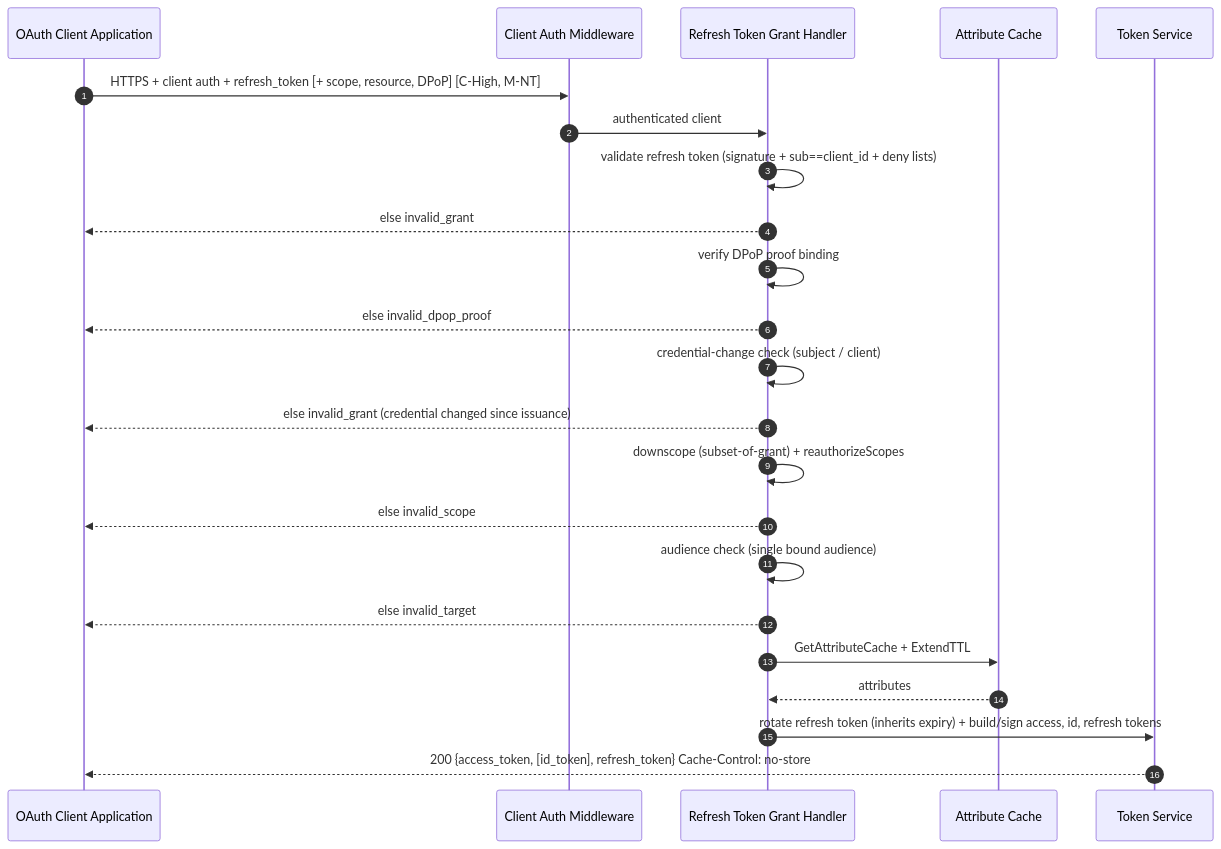
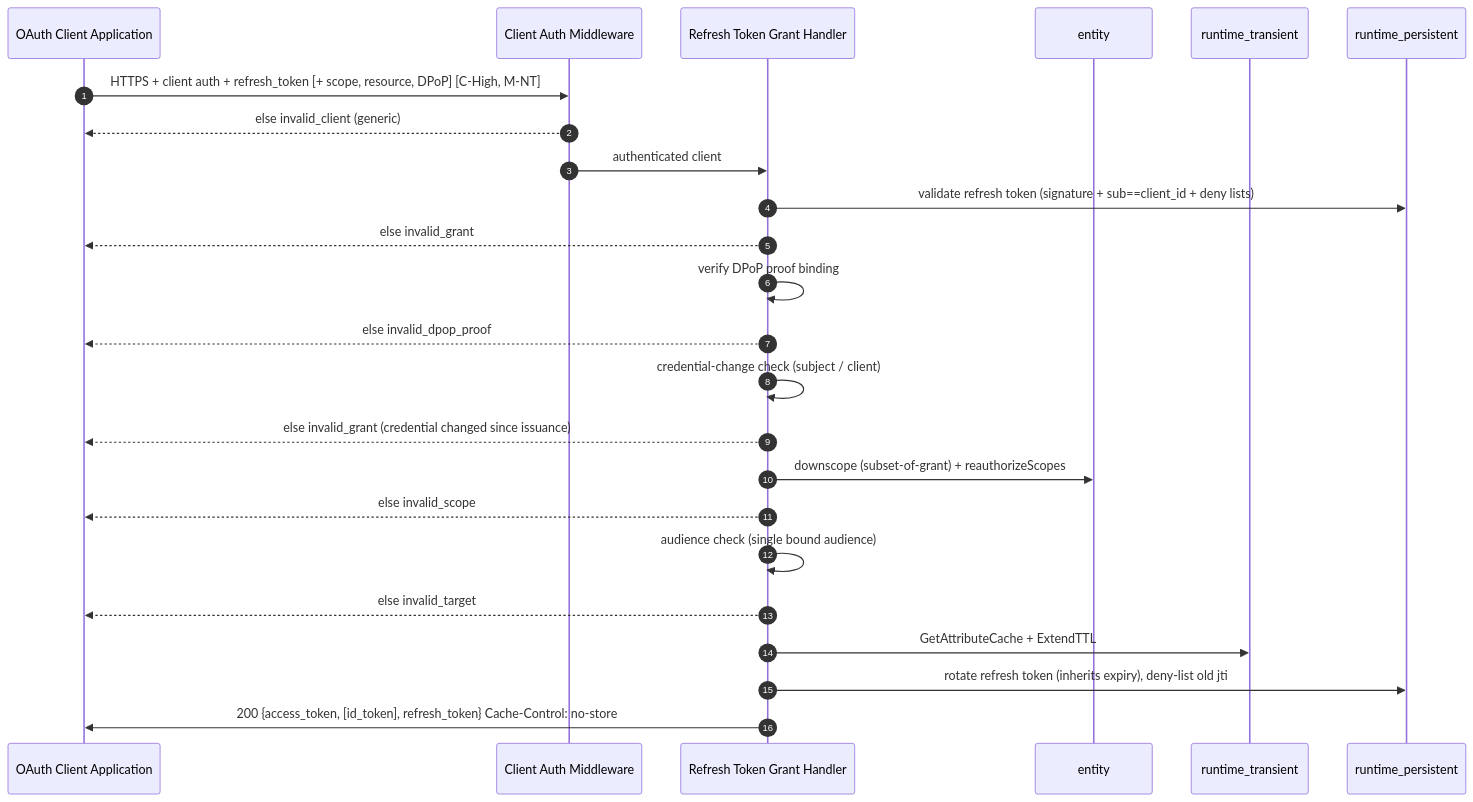
The fifth of 5 diagrams in docs-internals/oauth/authorization-and-core-grants.md (thiva-k/thunder), drawn with Mermaid before and after one commit. The commit also changed other lines of this file, not shown here.

First line of the commit message:
Simplify diagrams and align them with the real database layout

````diff
--- a/docs-internals/oauth/authorization-and-core-grants.md
+++ b/docs-internals/oauth/authorization-and-core-grants.md
@@ -370,26 +366,27 @@
 ```mermaid
 sequenceDiagram
   autonumber
   participant APP as OAuth Client Application
   participant CLIAUTH as Client Auth Middleware
   participant RGH as Refresh Token Grant Handler
-  participant CACHE as Attribute Cache
-  participant TS as Token Service
+  participant ENTITYDB as entity
+  participant TRANSIENTDB as runtime_transient
+  participant PERSISTENTDB as runtime_persistent
 
   APP->>CLIAUTH: HTTPS + client auth + refresh_token [+ scope, resource, DPoP] [C-High, M-NT]
+  CLIAUTH-->>APP: else invalid_client (generic)
   CLIAUTH->>RGH: authenticated client
-  RGH->>RGH: validate refresh token (signature + sub==client_id + deny lists)
+  RGH->>PERSISTENTDB: validate refresh token (signature + sub==client_id + deny lists)
   RGH-->>APP: else invalid_grant
   RGH->>RGH: verify DPoP proof binding
   RGH-->>APP: else invalid_dpop_proof
   RGH->>RGH: credential-change check (subject / client)
   RGH-->>APP: else invalid_grant (credential changed since issuance)
-  RGH->>RGH: downscope (subset-of-grant) + reauthorizeScopes
+  RGH->>ENTITYDB: downscope (subset-of-grant) + reauthorizeScopes
   RGH-->>APP: else invalid_scope
   RGH->>RGH: audience check (single bound audience)
   RGH-->>APP: else invalid_target
-  RGH->>CACHE: GetAttributeCache + ExtendTTL
-  CACHE-->>RGH: attributes
-  RGH->>TS: rotate refresh token (inherits expiry) + build/sign access, id, refresh tokens
-  TS-->>APP: 200 {access_token, [id_token], refresh_token} Cache-Control: no-store
+  RGH->>TRANSIENTDB: GetAttributeCache + ExtendTTL
+  RGH->>PERSISTENTDB: rotate refresh token (inherits expiry), deny-list old jti
+  RGH->>APP: 200 {access_token, [id_token], refresh_token} Cache-Control: no-store
 ```
````
